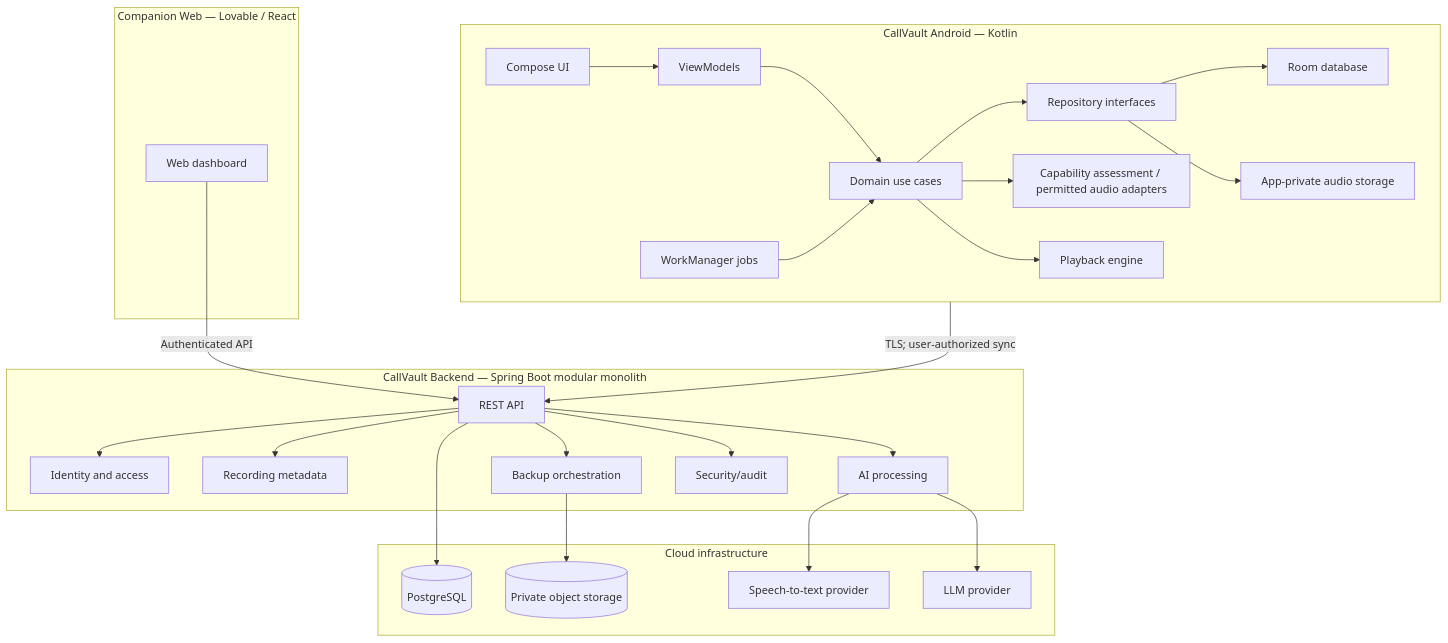
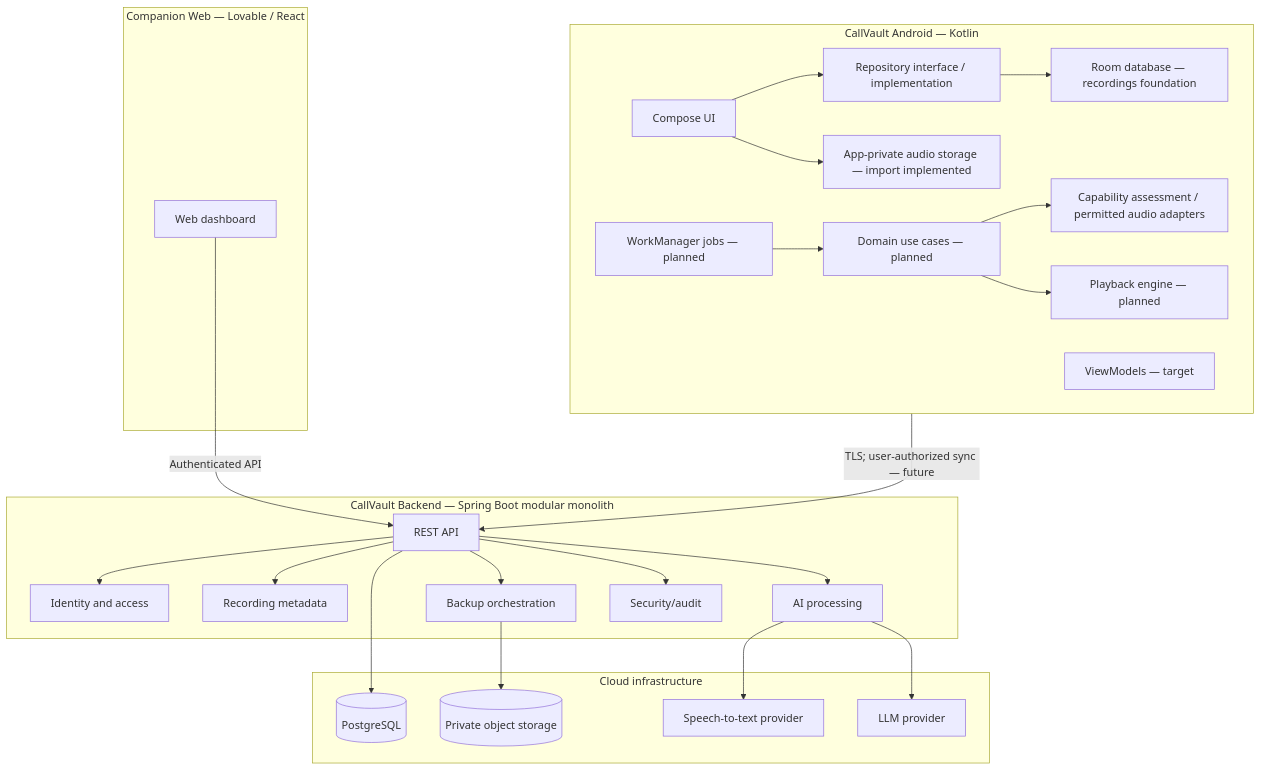
One commit to HarshVDubey/CallVault changed the diagram in architecture.md. Above: the diagram before and after it, drawn with Mermaid. The commit also changed other lines of this file, not shown here.

Commit message:
docs: align architecture with implemented Room and import layers

````diff
--- a/architecture.md
+++ b/architecture.md
@@ -20,52 +20,52 @@
 ```mermaid
 flowchart TB
   subgraph Android["CallVault Android — Kotlin"]
     UI["Compose UI"]
-    VM["ViewModels"]
-    DOMAIN["Domain use cases"]
-    REPO["Repository interfaces"]
-    ROOM["Room database"]
-    FILES["App-private audio storage"]
+    VM["ViewModels — target"]
+    DOMAIN["Domain use cases — planned"]
+    REPO["Repository interface / implementation"]
+    ROOM["Room database — recordings foundation"]
+    FILES["App-private audio storage — import implemented"]
     CAP["Capability assessment / permitted audio adapters"]
-    PLAYER["Playback engine"]
-    WORK["WorkManager jobs"]
-    UI --> VM --> DOMAIN --> REPO
+    PLAYER["Playback engine — planned"]
+    WORK["WorkManager jobs — planned"]
+    UI --> REPO
     REPO --> ROOM
-    REPO --> FILES
+    UI --> FILES
     DOMAIN --> CAP
     DOMAIN --> PLAYER
     WORK --> DOMAIN
   end
 
   subgraph Cloud["CallVault Backend — Spring Boot modular monolith"]
     API["REST API"]
     AUTH["Identity and access"]
     META["Recording metadata"]
     AI["AI processing"]
     BACKUP["Backup orchestration"]
     AUDIT["Security/audit"]
     API --> AUTH
     API --> META
     API --> AI
     API --> BACKUP
     API --> AUDIT
   end
 
   subgraph Storage["Cloud infrastructure"]
     PG[("PostgreSQL")]
     OBJ[("Private object storage")]
     STT["Speech-to-text provider"]
     LLM["LLM provider"]
   end
 
-  Android -->|"TLS; user-authorized sync"| API
+  Android -->|"TLS; user-authorized sync — future"| API
   API --> PG
   BACKUP --> OBJ
   AI --> STT
   AI --> LLM
 
   subgraph Web["Companion Web — Lovable / React"]
     WEBUI["Web dashboard"]
   end
   WEBUI -->|"Authenticated API"| API
 ```
````
